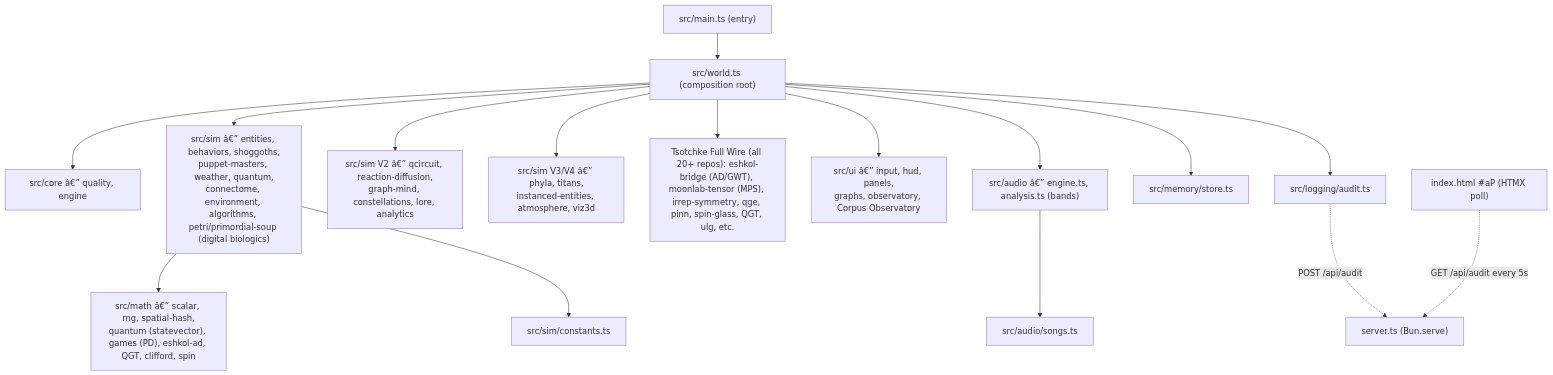
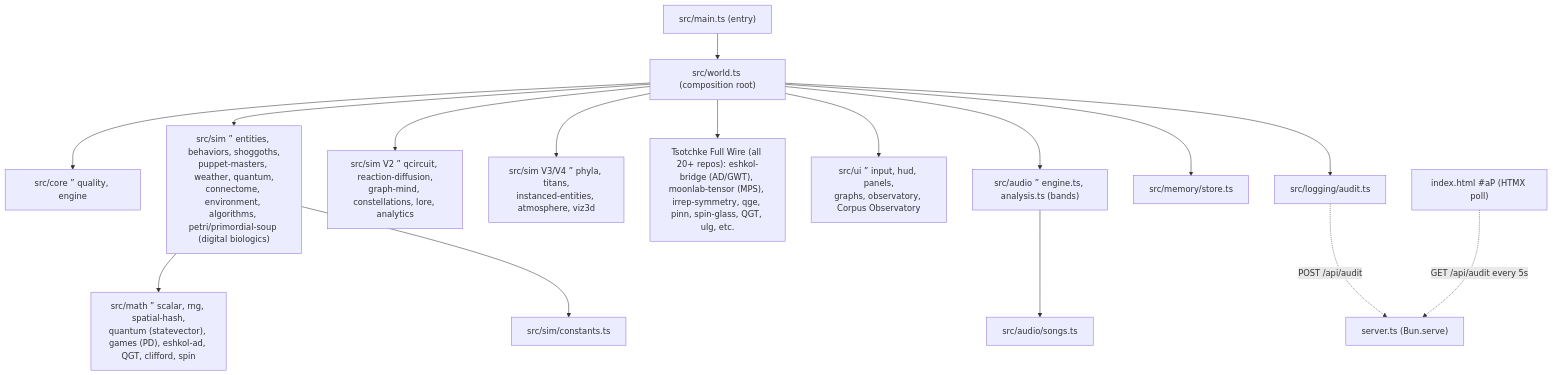
Before and after one commit to 0thernes/cosmogonic-quantum-mechalogodrom: the diagram in README.md, drawn with Mermaid. The commit also changed other lines of this file and 11 other files, not shown here.

Commit message:
TSOTCHKE FULL WIRE + NATIVE DNA: local corpus .esk (gradient AD) seeded in soup; Petri expanded; version 0.16; README/CHANGELOG/ROADMAP sync to masters vision; all docs/GH match. Research complete, audit done, grow. Direct push. Ralph if needed.

````diff
--- a/README.md
+++ b/README.md
@@ -460,18 +460,18 @@
 ```mermaid
 graph TD
   main["src/main.ts (entry)"] --> world["src/world.ts (composition root)"]
-  world --> core["src/core â€” quality, engine"]
-  world --> sim["src/sim â€” entities, behaviors, shoggoths,\npuppet-masters, weather, quantum,\nconnectome, environment, algorithms, petri/primordial-soup (digital biologics)"]
-  world --> v2["src/sim V2 â€” qcircuit, reaction-diffusion,\ngraph-mind, constellations, lore, analytics"]
-  world --> v34["src/sim V3/V4 â€” phyla, titans,\ninstanced-entities, atmosphere, viz3d"]
+  world --> core["src/core ” quality, engine"]
+  world --> sim["src/sim ” entities, behaviors, shoggoths,\npuppet-masters, weather, quantum,\nconnectome, environment, algorithms, petri/primordial-soup (digital biologics)"]
+  world --> v2["src/sim V2 ” qcircuit, reaction-diffusion,\ngraph-mind, constellations, lore, analytics"]
+  world --> v34["src/sim V3/V4 ” phyla, titans,\ninstanced-entities, atmosphere, viz3d"]
   world --> tsotchke["Tsotchke Full Wire (all 20+ repos): eshkol-bridge (AD/GWT), moonlab-tensor (MPS), irrep-symmetry, qge, pinn, spin-glass, QGT, ulg, etc."]
-  world --> ui["src/ui â€” input, hud, panels,\ngraphs, observatory, Corpus Observatory"]
-  world --> audio["src/audio â€” engine.ts, analysis.ts (bands)"]
+  world --> ui["src/ui ” input, hud, panels,\ngraphs, observatory, Corpus Observatory"]
+  world --> audio["src/audio ” engine.ts, analysis.ts (bands)"]
   world --> mem["src/memory/store.ts"]
   world --> audit["src/logging/audit.ts"]
-  sim --> math["src/math â€” scalar, rng, spatial-hash,\nquantum (statevector), games (PD), eshkol-ad, QGT, clifford, spin"]
+  sim --> math["src/math ” scalar, rng, spatial-hash,\nquantum (statevector), games (PD), eshkol-ad, QGT, clifford, spin"]
   sim --> constants["src/sim/constants.ts"]
   audio --> songs["src/audio/songs.ts"]
   audit -. "POST /api/audit" .-> server["server.ts (Bun.serve)"]
   htmx["index.html #aP (HTMX poll)"] -. "GET /api/audit every 5s" .-> server
 ```
````
